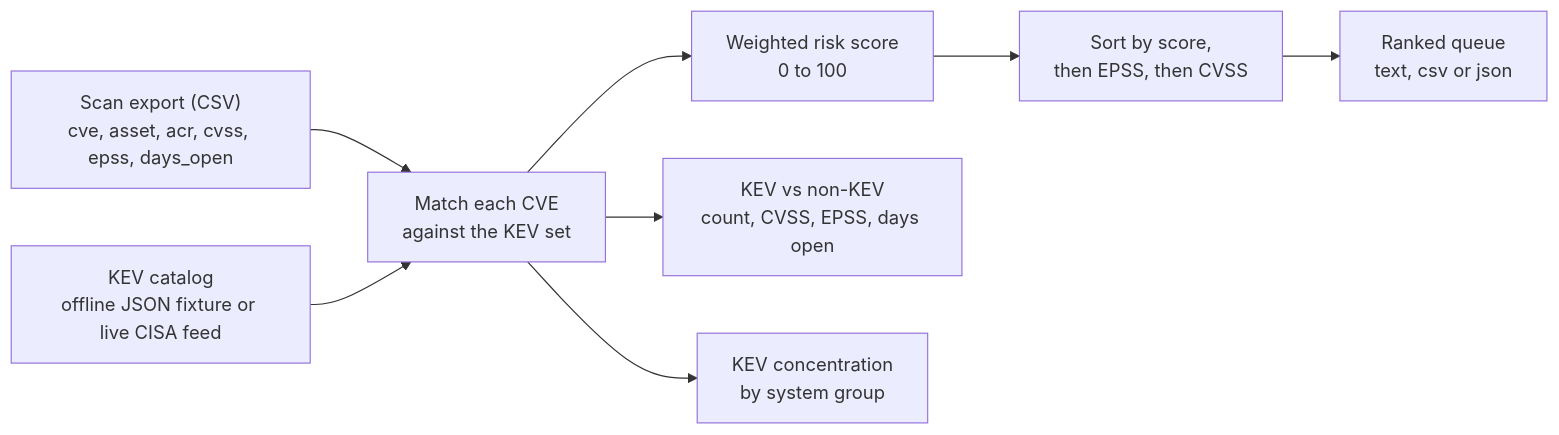
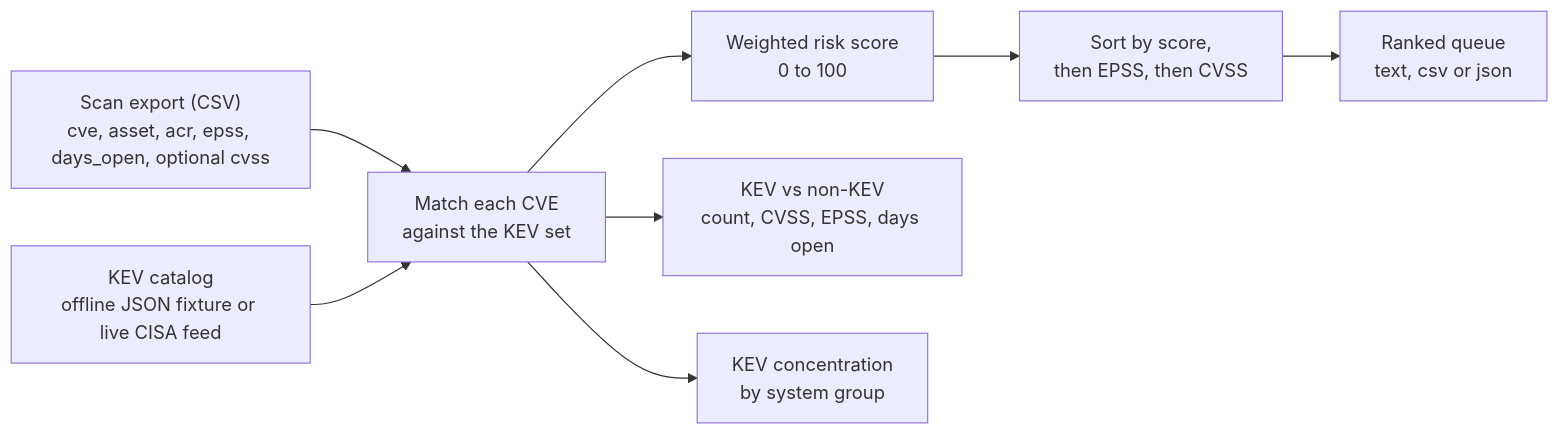
The diagram in README.md (samiali38183/kev-risk-prioritization), drawn with Mermaid before and after one commit. The commit also changed other lines of this file and 2 other files, not shown here.

````diff
--- a/README.md
+++ b/README.md
@@ -23,10 +23,10 @@
 ```mermaid
 flowchart LR
-    F["Scan export (CSV)<br/>cve, asset, acr, cvss, epss, days_open"] --> M["Match each CVE<br/>against the KEV set"]
+    F["Scan export (CSV)<br/>cve, asset, acr, epss, days_open, optional cvss"] --> M["Match each CVE<br/>against the KEV set"]
     K["KEV catalog<br/>offline JSON fixture or live CISA feed"] --> M
     M --> S["Weighted risk score<br/>0 to 100"]
     S --> R["Sort by score,<br/>then EPSS, then CVSS"]
     R --> O["Ranked queue<br/>text, csv or json"]
     M --> P["KEV vs non-KEV<br/>count, CVSS, EPSS, days open"]
     M --> C["KEV concentration<br/>by system group"]
 ```
````
